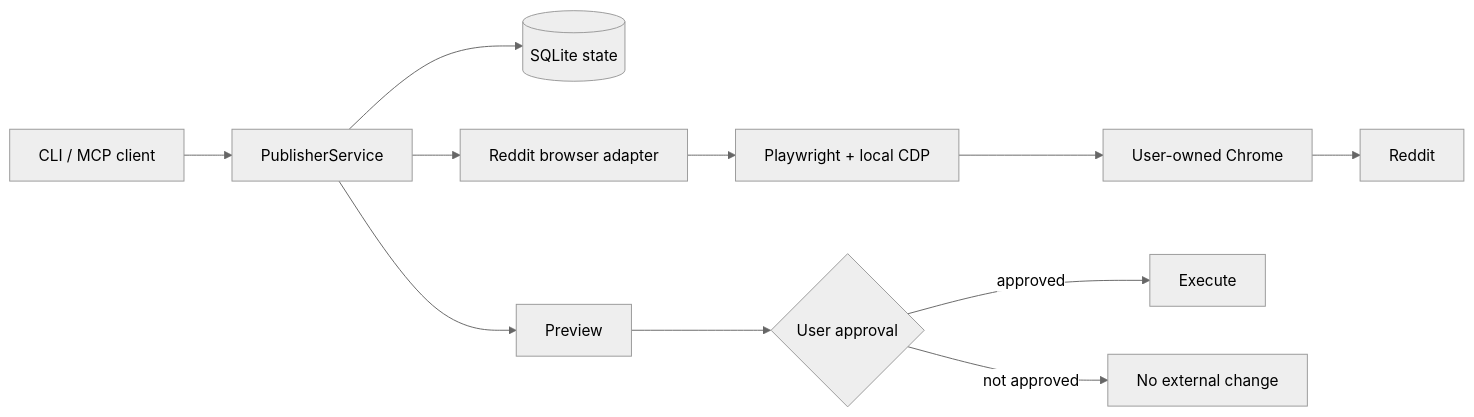
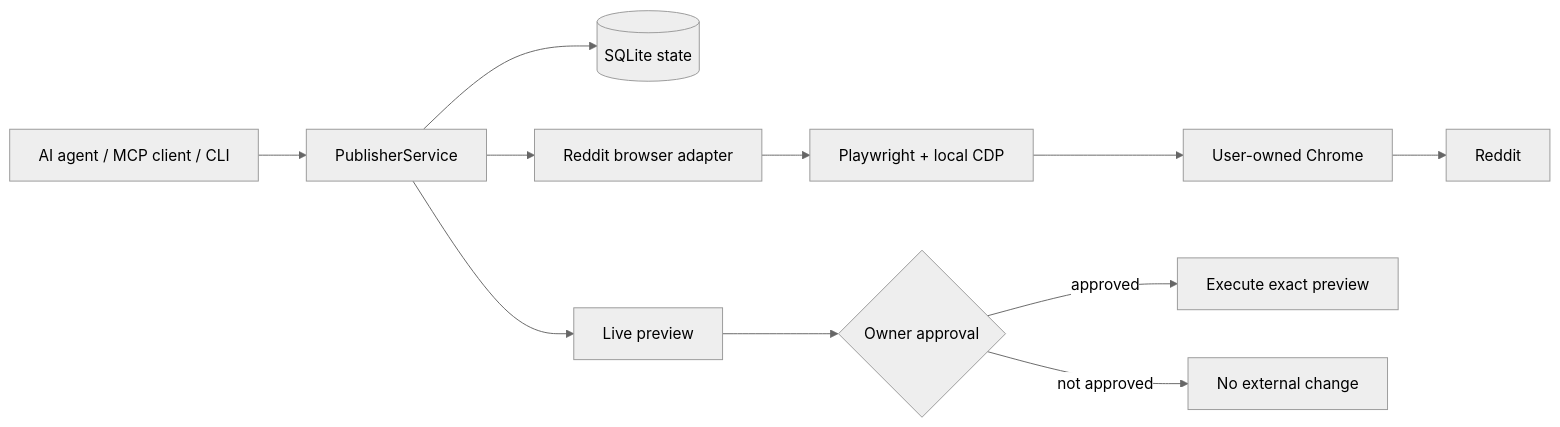
The diagram in README.md (Bl0ck154/reddit-agent-publisher), drawn with Mermaid (neutral theme) before and after one commit. The commit also changed other lines of this file, not shown here.

````diff
--- a/README.md
+++ b/README.md
@@ -27,13 +43,14 @@
 ```mermaid
 flowchart LR
-    A[CLI / MCP client] --> B[PublisherService]
+    A[AI agent / MCP client / CLI] --> B[PublisherService]
     B --> C[(SQLite state)]
     B --> D[Reddit browser adapter]
     D --> E[Playwright + local CDP]
     E --> F[User-owned Chrome]
     F --> G[Reddit]
-    B --> H[Preview]
-    H --> I{User approval}
-    I -->|approved| J[Execute]
+
+    B --> H[Live preview]
+    H --> I{Owner approval}
+    I -->|approved| J[Execute exact preview]
     I -->|not approved| K[No external change]
 ```
````
